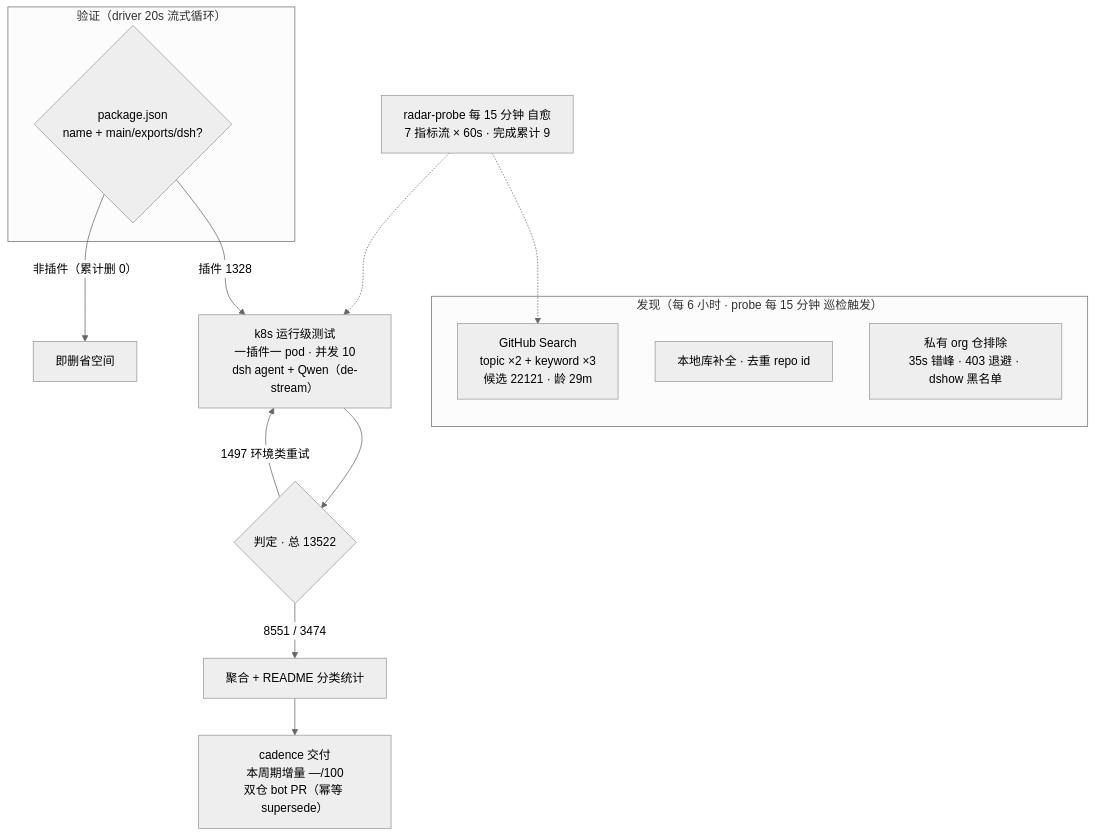
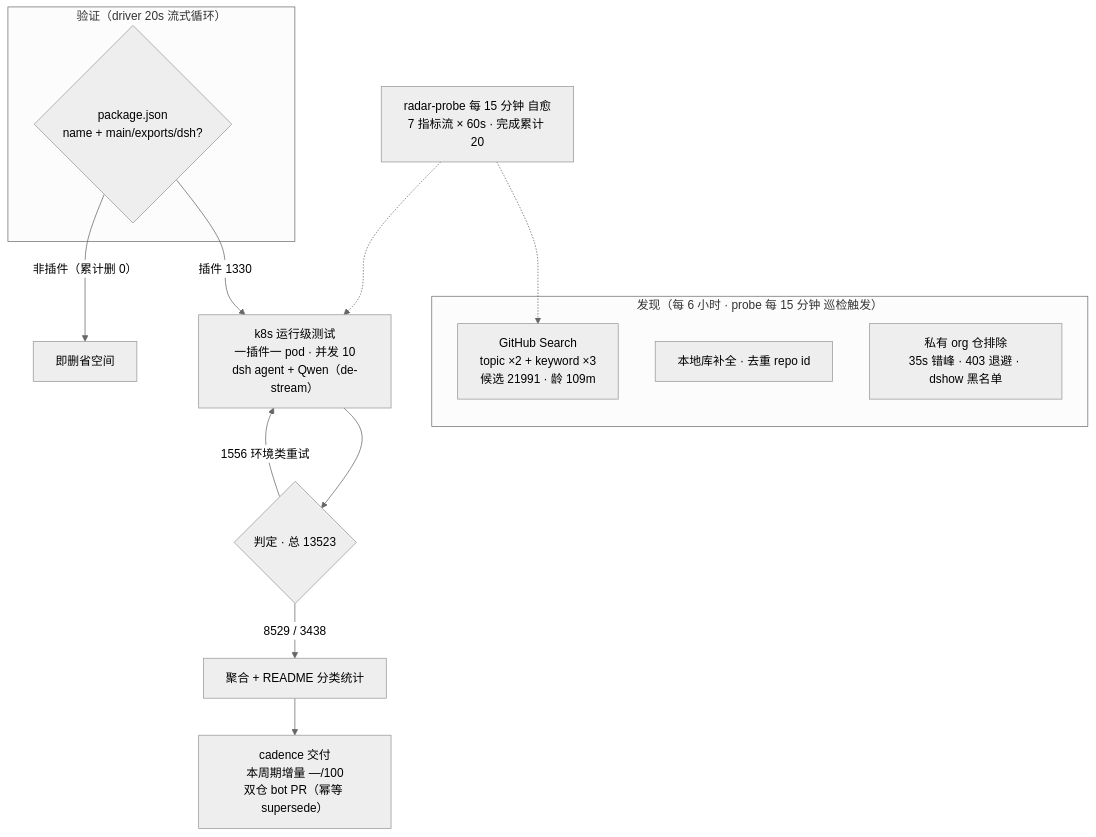
The diagram in README.md (1420079678-ctrl/dsh-plugin-radar), drawn with Mermaid (neutral theme) before and after one commit. The commit also changed other lines of this file and 16 other files, not shown here.

````diff
--- a/README.md
+++ b/README.md
@@ -61,20 +63,20 @@
 ```mermaid
 flowchart TB
     subgraph Discovery["发现（每 6 小时 · probe 每 15 分钟 巡检触发）"]
-        A1["GitHub Search<br/>topic ×2 + keyword ×3<br/>候选 22121 · 龄 29m"]
+        A1["GitHub Search<br/>topic ×2 + keyword ×3<br/>候选 21991 · 龄 109m"]
         A2["本地库补全 · 去重 repo id"]
         A3["私有 org 仓排除<br/>35s 错峰 · 403 退避 · dshow 黑名单"]
     end
     subgraph Validation["验证（driver 20s 流式循环）"]
         B1{"package.json<br/>name + main/exports/dsh?"}
     end
-    B1 -->|"插件 1328"| C1["k8s 运行级测试<br/>一插件一 pod · 并发 10<br/>dsh agent + Qwen（de-stream）"]
+    B1 -->|"插件 1330"| C1["k8s 运行级测试<br/>一插件一 pod · 并发 10<br/>dsh agent + Qwen（de-stream）"]
     B1 -->|"非插件（累计删 0）"| B3["即删省空间"]
-    C1 --> D1{"判定 · 总 13522"}
-    D1 -->|"8551 / 3474"| E1["聚合 + README 分类统计"]
-    D1 -->|"1497 环境类重试"| C1
+    C1 --> D1{"判定 · 总 13523"}
+    D1 -->|"8529 / 3438"| E1["聚合 + README 分类统计"]
+    D1 -->|"1556 环境类重试"| C1
     E1 --> E2["cadence 交付<br/>本周期增量 —/100<br/>双仓 bot PR（幂等 supersede）"]
-    M["radar-probe 每 15 分钟 自愈<br/>7 指标流 × 60s · 完成累计 9"]
+    M["radar-probe 每 15 分钟 自愈<br/>7 指标流 × 60s · 完成累计 20"]
     M -.-> A1
     M -.-> C1
 ```
````
